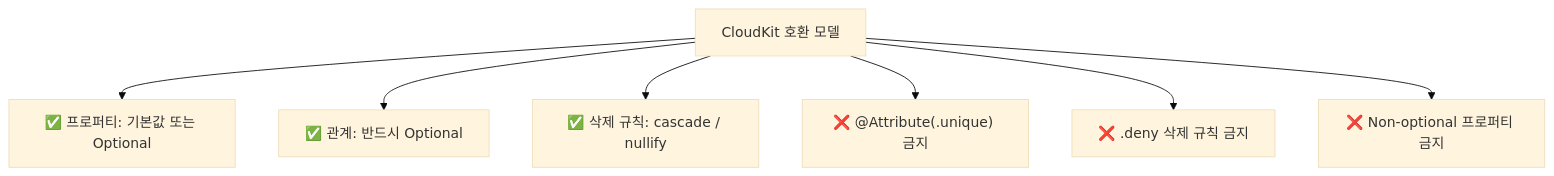
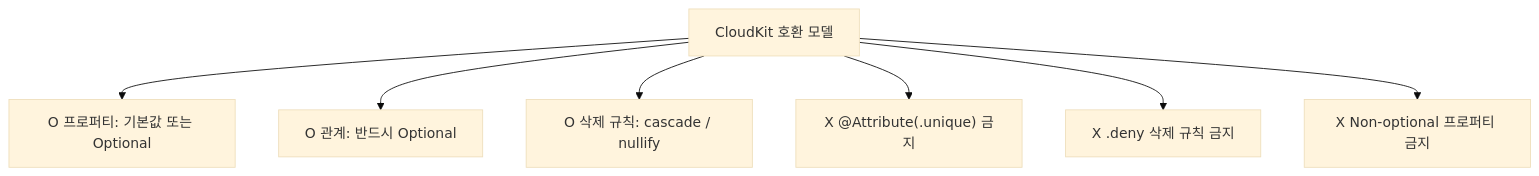
Before and after one commit to jsonpassion/forge-tutorial-swift: the second of 4 diagrams in 06-swiftdata/05-cloudkit.md, drawn with Mermaid (base theme). The commit also changed other lines of this file and 69 other files, not shown here.

````diff
--- a/06-swiftdata/05-cloudkit.md
+++ b/06-swiftdata/05-cloudkit.md
@@ -112,9 +112,9 @@
 ```mermaid
 graph TD
-    A["CloudKit 호환 모델"] --> B["✅ 프로퍼티: 기본값 또는 Optional"]
-    A --> C["✅ 관계: 반드시 Optional"]
-    A --> D["✅ 삭제 규칙: cascade / nullify"]
-    A --> E["❌ @Attribute(.unique) 금지"]
-    A --> F["❌ .deny 삭제 규칙 금지"]
-    A --> G["❌ Non-optional 프로퍼티 금지"]
+    A["CloudKit 호환 모델"] --> B["O 프로퍼티: 기본값 또는 Optional"]
+    A --> C["O 관계: 반드시 Optional"]
+    A --> D["O 삭제 규칙: cascade / nullify"]
+    A --> E["X @Attribute(.unique) 금지"]
+    A --> F["X .deny 삭제 규칙 금지"]
+    A --> G["X Non-optional 프로퍼티 금지"]
 ```
````
